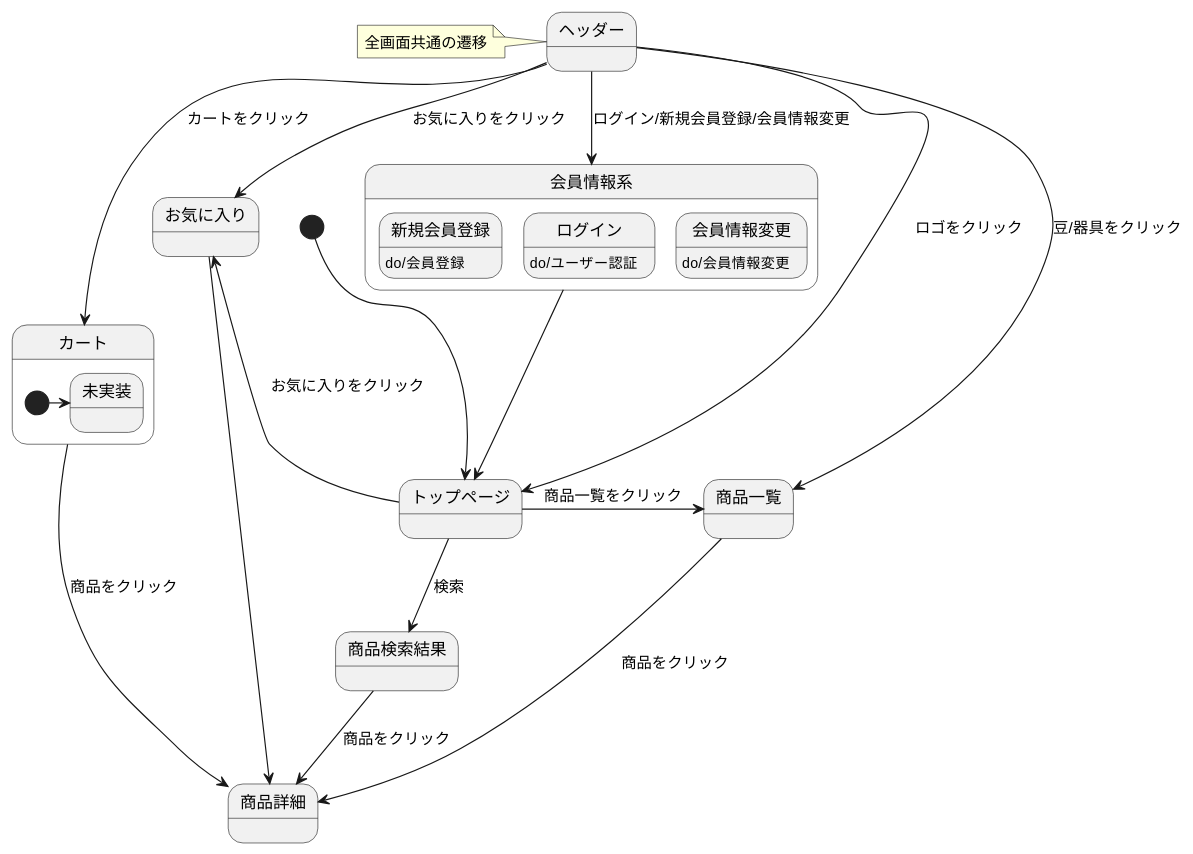
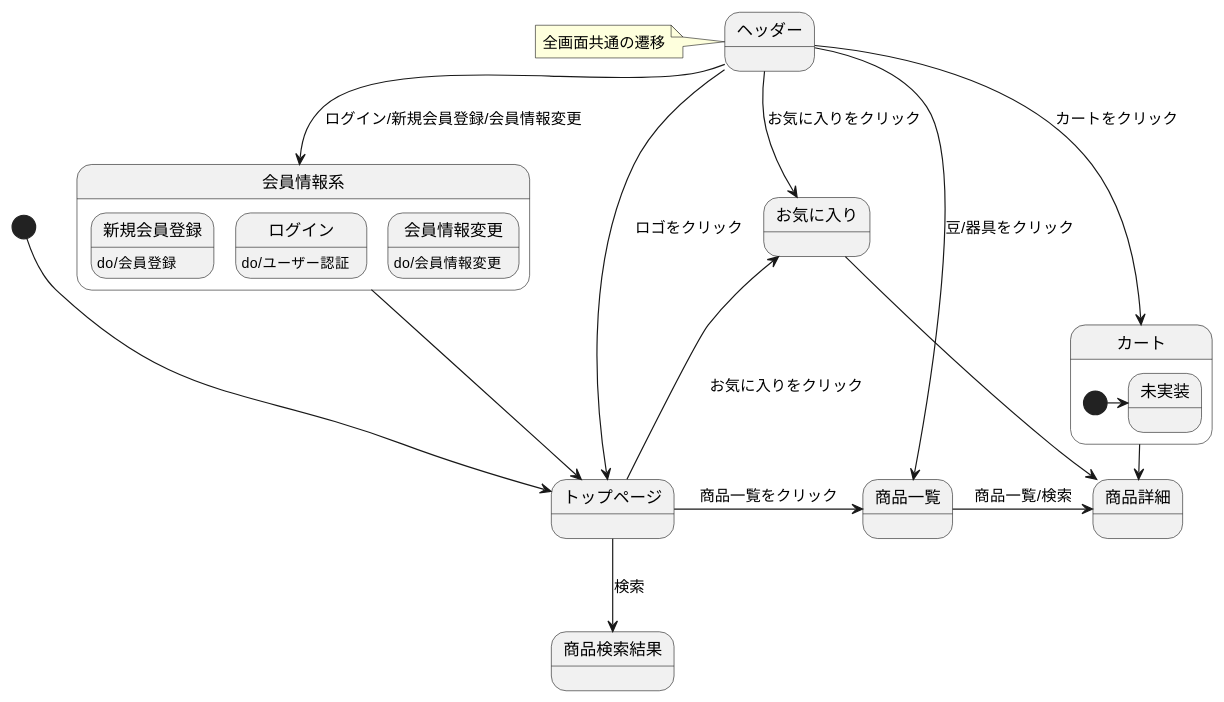
Before and after one commit to Aso2101122/coffeeEC: the diagram in 03_画面遷移図/stm_03.md, drawn with PlantUML.

````diff
--- a/03_画面遷移図/stm_03.md
+++ b/03_画面遷移図/stm_03.md
@@ -2,34 +2,33 @@
 ```uml
 @startuml
 [*]-down->トップページ
 トップページ-->商品検索結果: 検索
 トップページ-right->商品一覧: 商品一覧をクリック
-商品一覧->商品詳細: 商品をクリック
-商品検索結果-down->商品詳細: 商品をクリック
+商品一覧->商品詳細: 商品一覧/検索
 トップページ--up>お気に入り: お気に入りをクリック
 お気に入り-down->商品詳細
 カート->商品詳細: 商品をクリック
 
 state ヘッダー{
 }
 note left of ヘッダー: 全画面共通の遷移
 
 
 ヘッダー-down->トップページ: ロゴをクリック
 ヘッダー-down->商品一覧: 豆/器具をクリック
 ヘッダー-down->会員情報系: ログイン/新規会員登録/会員情報変更
 ヘッダー-down->お気に入り: お気に入りをクリック
 ヘッダー-down->カート: カートをクリック
 
 state 会員情報系{
 新規会員登録 : do/会員登録
 ログイン : do/ユーザー認証
 会員情報変更 : do/会員情報変更
 }
 会員情報系-down->トップページ
 
 state カート{
 [*]-right->未実装
 }
 @enduml
 ```
````
